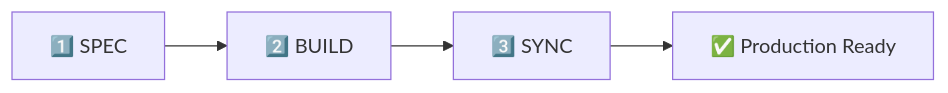
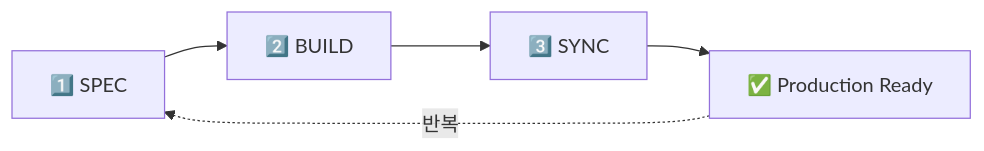
One commit to modu-ai/moai-adk changed the diagram in README.md. Above: the diagram before and after it, drawn with Mermaid. The commit also changed other lines of this file and 31 other files, not shown here.

````diff
--- a/README.md
+++ b/README.md
@@ -123,6 +153,7 @@
 ```mermaid
 graph LR
     A[1️⃣ SPEC] --> B[2️⃣ BUILD]
     B --> C[3️⃣ SYNC]
     C --> D[✅ Production Ready]
+    D -.반복.-> A
 ```
````
